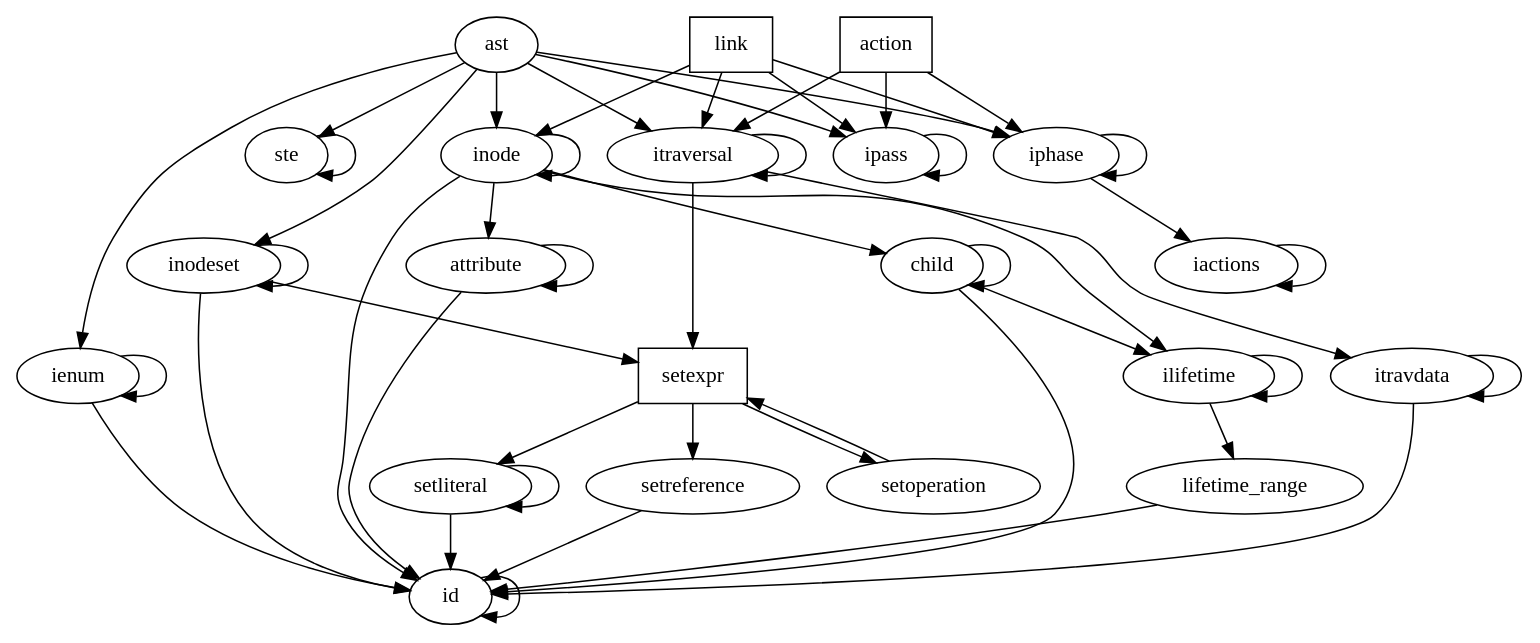
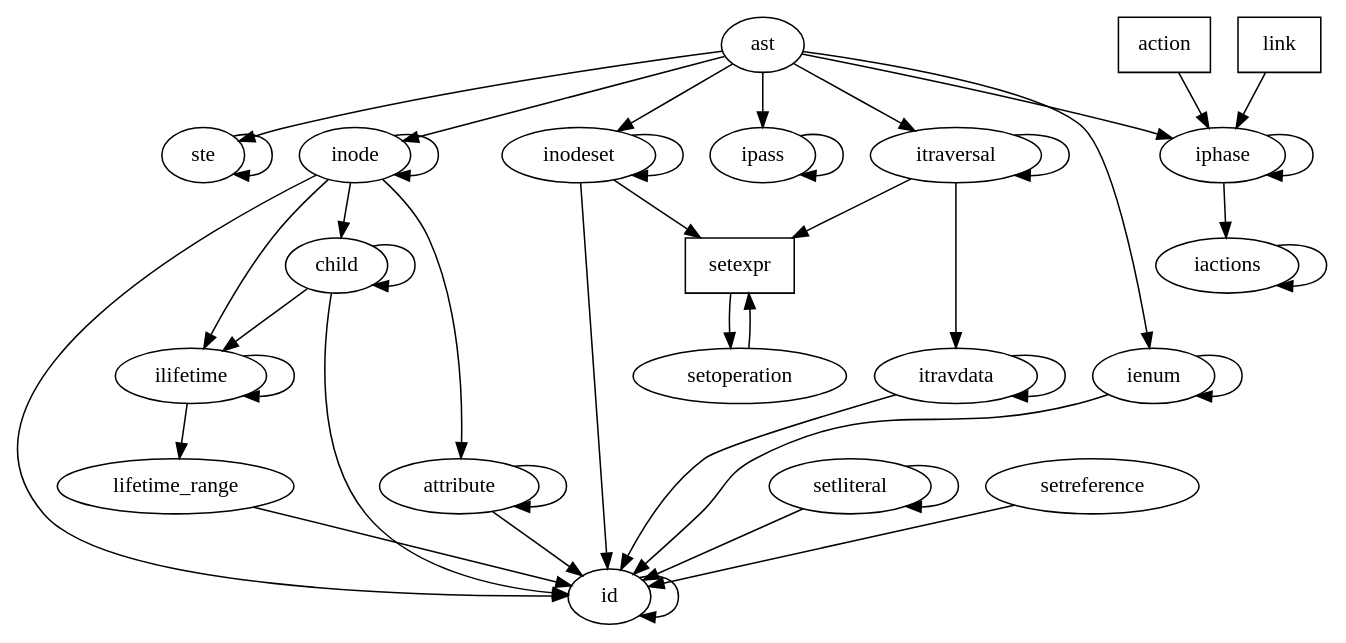
The diagram in bootstrap/ccngen/ast.dot (CoCoNut-UvA/coconut), drawn with Graphviz before and after one commit. The commit also changed 26 other files, not shown here.

```diff
--- a/bootstrap/ccngen/ast.dot
+++ b/bootstrap/ccngen/ast.dot
@@ -1,55 +1,48 @@
 digraph Ast {
 id -> id
 ienum -> id
 ienum -> ienum
 attribute -> id
 attribute -> attribute
 itravdata -> id
 itravdata -> itravdata
 setoperation -> setexpr
 setliteral -> id
 setliteral -> setliteral
 setreference -> id
 ste -> ste
 child -> id
 child -> ilifetime
 child -> child
 lifetime_range -> id
 ilifetime -> lifetime_range
 ilifetime -> ilifetime
 inodeset -> id
 inodeset -> setexpr
 inodeset -> inodeset
 inode -> id
 inode -> inode
 inode -> child
 inode -> attribute
 inode -> ilifetime
 ipass -> ipass
 itraversal -> setexpr
 itraversal -> itravdata
 itraversal -> itraversal
 iphase -> iactions
 iphase -> iphase
 iactions -> iactions
 ast -> iphase
 ast -> itraversal
 ast -> ipass
 ast -> inode
 ast -> inodeset
 ast -> ienum
 ast -> ste
 setexpr [shape=box];
-setexpr -> setliteral
-setexpr -> setreference
 setexpr -> setoperation
 link [shape=box];
-link -> inode
-link -> ipass
-link -> itraversal
 link -> iphase
 action [shape=box];
-action -> ipass
-action -> itraversal
 action -> iphase
 }
```
